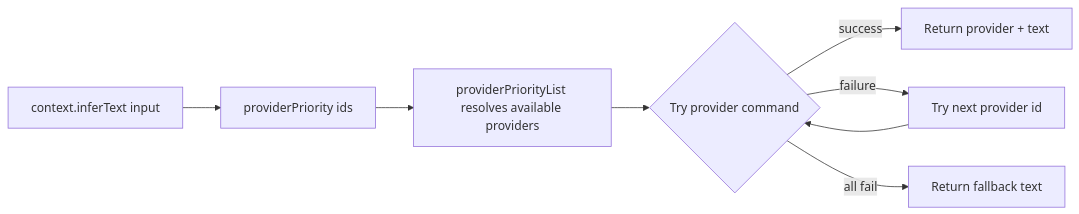
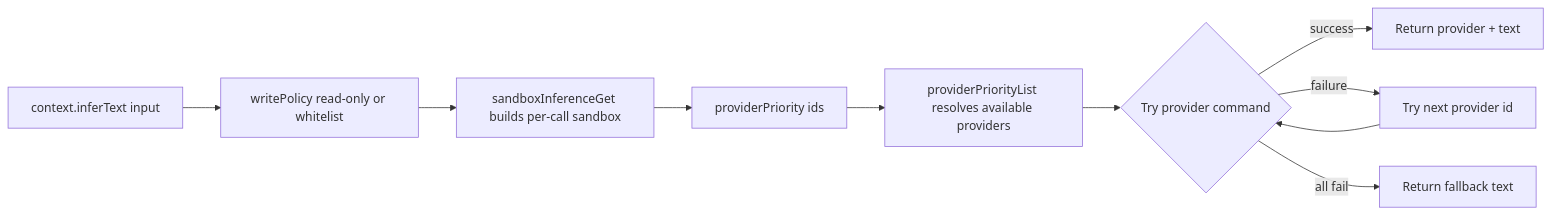
Before and after one commit to ex3ndr/holdmybeer: the second of 2 diagrams in doc/context-inference-flow.md, drawn with Mermaid. The commit also changed other lines of this file and 20 other files, not shown here.

Commit message:
feat: bootstrap holdmybeer flow

````diff
--- a/doc/context-inference-flow.md
+++ b/doc/context-inference-flow.md
@@ -18,10 +18,12 @@
 ```mermaid
 flowchart LR
-  A[context.inferText input] --> B[providerPriority ids]
-  B --> C[providerPriorityList resolves available providers]
-  C --> D{Try provider command}
-  D -->|success| E[Return provider + text]
-  D -->|failure| F[Try next provider id]
-  F --> D
-  D -->|all fail| G[Return fallback text]
+  A[context.inferText input] --> B[writePolicy read-only or whitelist]
+  B --> C[sandboxInferenceGet builds per-call sandbox]
+  C --> D[providerPriority ids]
+  D --> E[providerPriorityList resolves available providers]
+  E --> F{Try provider command}
+  F -->|success| G[Return provider + text]
+  F -->|failure| H[Try next provider id]
+  H --> F
+  F -->|all fail| I[Return fallback text]
 ```
````
